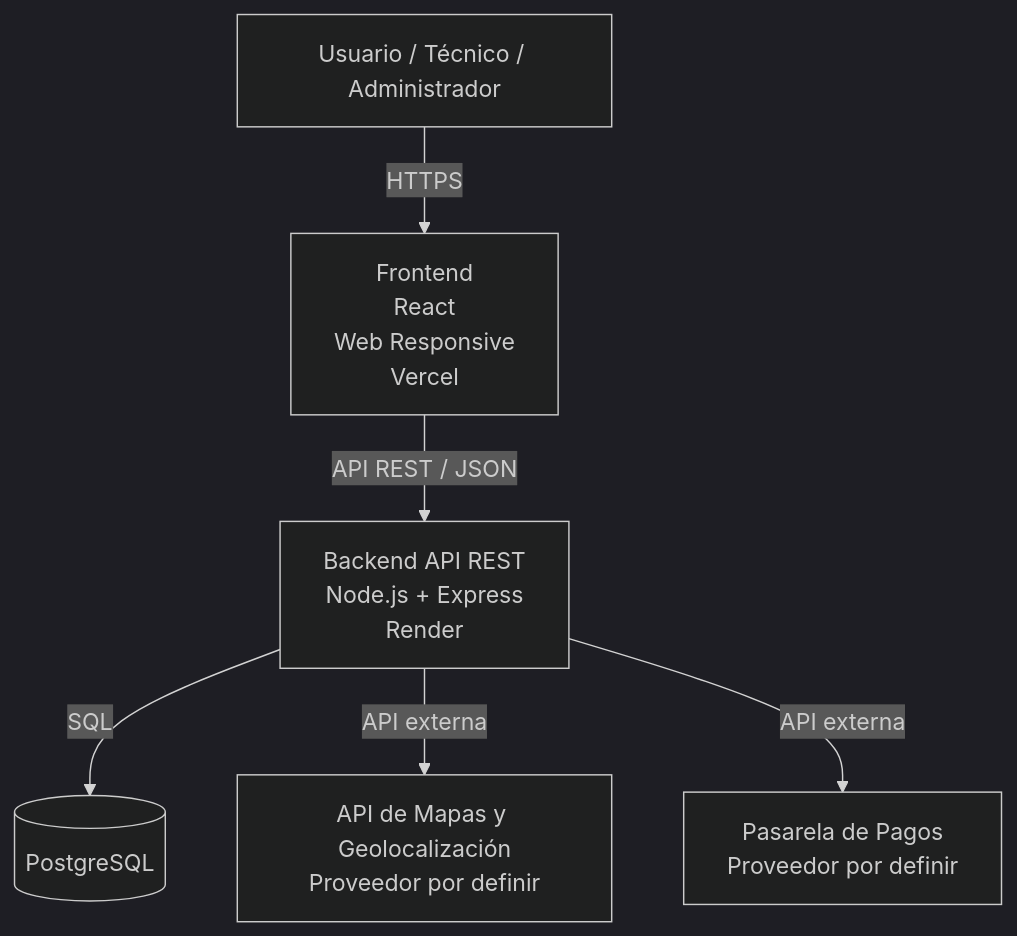
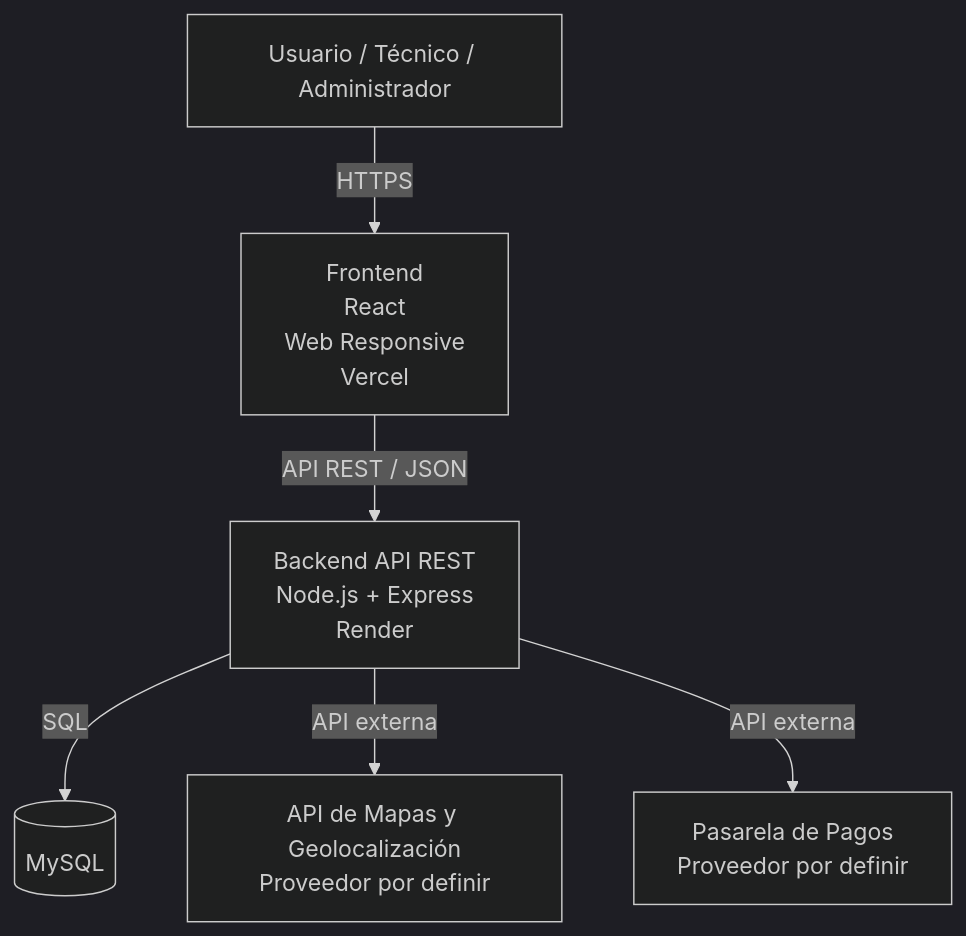
The diagram in docs/architecture.md (71711777-hub/fixit-platform), drawn with Mermaid (dark theme) before and after one commit. The commit also changed other lines of this file, not shown here.

````diff
--- a/docs/architecture.md
+++ b/docs/architecture.md
@@ -13,22 +13,22 @@
 ```mermaid
 flowchart TD
 
     A[Usuario / Técnico / Administrador]
 
     B[Frontend<br/>React<br/>Web Responsive<br/>Vercel]
 
     C[Backend API REST<br/>Node.js + Express<br/>Render]
 
-    D[(PostgreSQL)]
+    D[(MySQL)]
 
     E[API de Mapas y Geolocalización<br/>Proveedor por definir]
 
     F[Pasarela de Pagos<br/>Proveedor por definir]
 
     A -->|HTTPS| B
     B -->|API REST / JSON| C
 
     C -->|SQL| D
     C -->|API externa| E
     C -->|API externa| F
 ```
````
